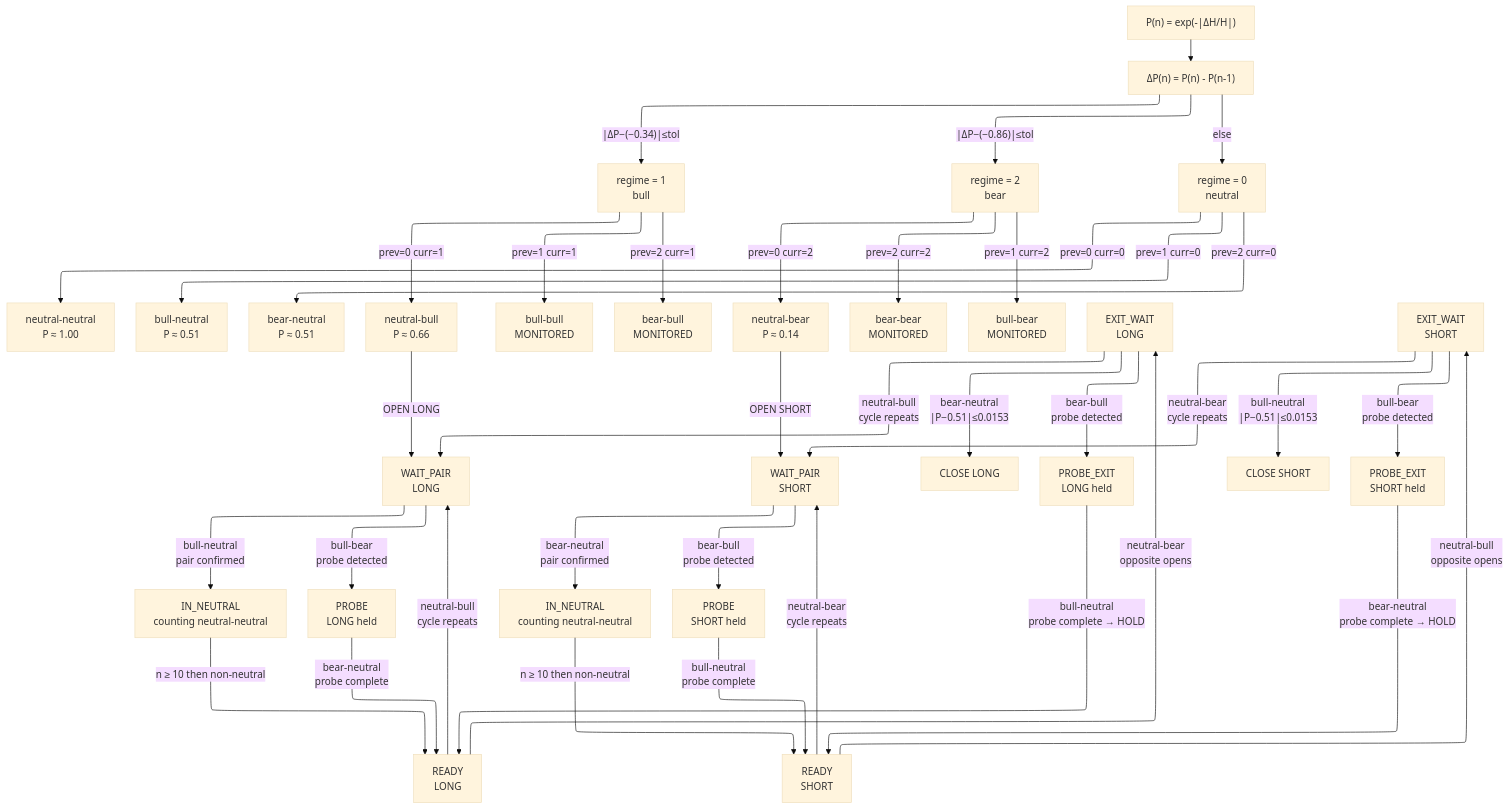
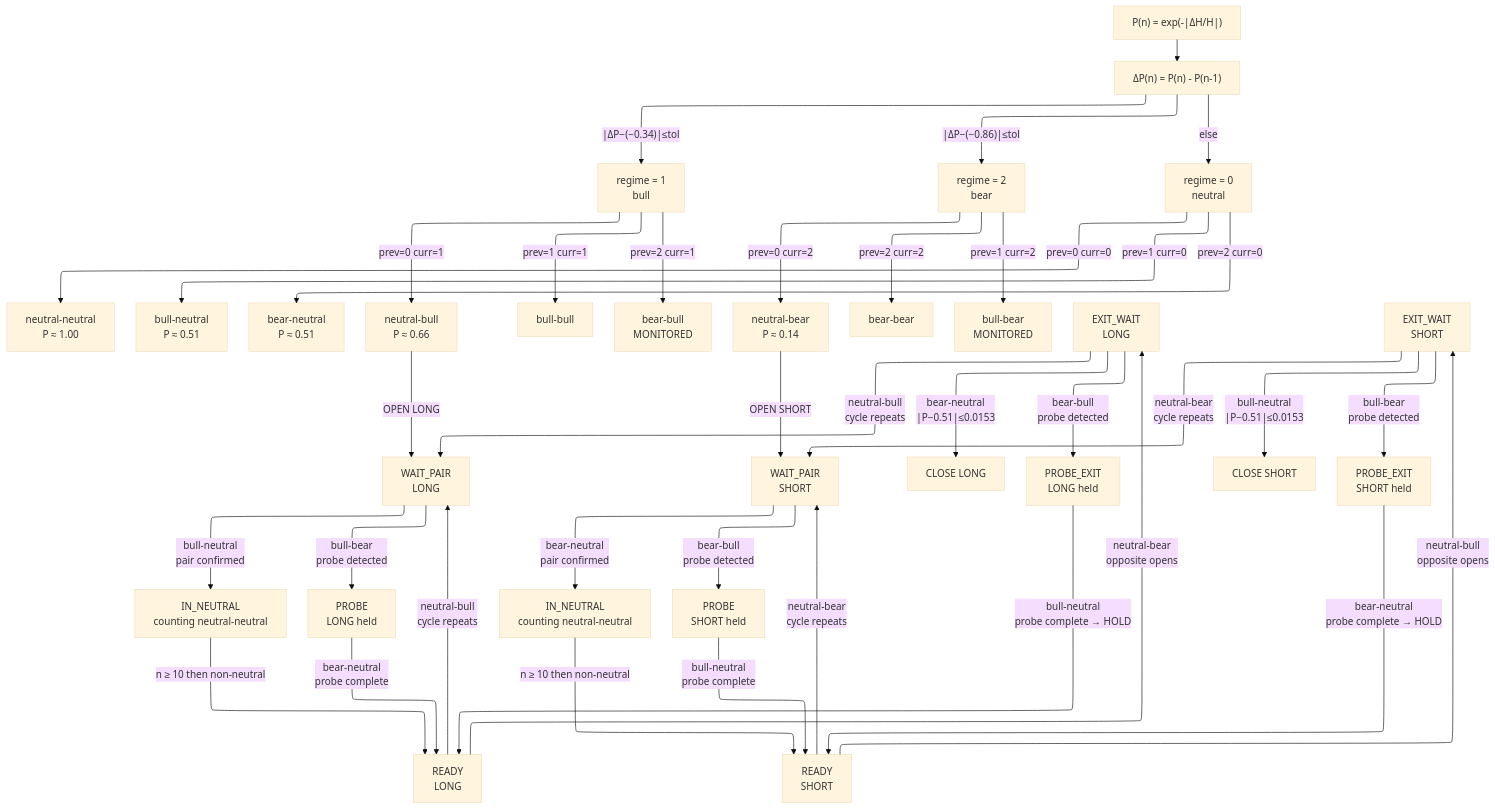
One commit to quantiota/SKA-Binance-API changed the second of 2 diagrams in state_machine_diagram.md. Above: the diagram before and after it, drawn with Mermaid. The commit also changed other lines of this file, not shown here.

````diff
--- a/state_machine_diagram.md
+++ b/state_machine_diagram.md
@@ -63,66 +63,66 @@
 ```mermaid
 ---
 config:
   look: classic
   theme: base
   layout: elk
 ---
 flowchart TD
     P["P(n) = exp(-|ΔH/H|)"]
     DP["ΔP(n) = P(n) - P(n-1)"]
 
     P --> DP
 
     DP -->|"|ΔP−(−0.34)|≤tol"| B["regime = 1\nbull"]
     DP -->|"|ΔP−(−0.86)|≤tol"| R["regime = 2\nbear"]
     DP -->|"else"| N["regime = 0\nneutral"]
 
     N -->|"prev=0 curr=0"| T0["neutral-neutral\nP ≈ 1.00"]
     N -->|"prev=1 curr=0"| T1["bull-neutral\nP ≈ 0.51"]
     N -->|"prev=2 curr=0"| T2["bear-neutral\nP ≈ 0.51"]
 
     B -->|"prev=0 curr=1"| T3["neutral-bull\nP ≈ 0.66"]
-    B -->|"prev=1 curr=1"| T4["bull-bull\nMONITORED"]
+    B -->|"prev=1 curr=1"| T4["bull-bull"]
     B -->|"prev=2 curr=1"| DJ2["bear-bull\nMONITORED"]
 
     R -->|"prev=0 curr=2"| T5["neutral-bear\nP ≈ 0.14"]
-    R -->|"prev=2 curr=2"| T6["bear-bear\nMONITORED"]
+    R -->|"prev=2 curr=2"| T6["bear-bear"]
     R -->|"prev=1 curr=2"| DJ1["bull-bear\nMONITORED"]
 
     T3 -->|"OPEN LONG"| WAIT_PAIR_L["WAIT_PAIR\nLONG"]
     T5 -->|"OPEN SHORT"| WAIT_PAIR_S["WAIT_PAIR\nSHORT"]
 
     %% --- LONG path ---
     WAIT_PAIR_L -->|"bull-neutral\npair confirmed"| IN_N_L["IN_NEUTRAL\ncounting neutral-neutral"]
     WAIT_PAIR_L -->|"bull-bear\nprobe detected"| PROBE_L["PROBE\nLONG held"]
 
     PROBE_L -->|"bear-neutral\nprobe complete"| READY_L["READY\nLONG"]
 
     IN_N_L -->|"n ≥ 10 then non-neutral"| READY_L
 
     READY_L -->|"neutral-bull\ncycle repeats"| WAIT_PAIR_L
     READY_L -->|"neutral-bear\nopposite opens"| EXIT_WAIT_L["EXIT_WAIT\nLONG"]
 
     EXIT_WAIT_L -->|"bear-neutral\n|P−0.51|≤0.0153"| CLOSE_L["CLOSE LONG"]
     EXIT_WAIT_L -->|"bear-bull\nprobe detected"| PROBE_EXIT_L["PROBE_EXIT\nLONG held"]
     EXIT_WAIT_L -->|"neutral-bull\ncycle repeats"| WAIT_PAIR_L
 
     PROBE_EXIT_L -->|"bull-neutral\nprobe complete → HOLD"| READY_L
 
     %% --- SHORT path ---
     WAIT_PAIR_S -->|"bear-neutral\npair confirmed"| IN_N_S["IN_NEUTRAL\ncounting neutral-neutral"]
     WAIT_PAIR_S -->|"bear-bull\nprobe detected"| PROBE_S["PROBE\nSHORT held"]
 
     PROBE_S -->|"bull-neutral\nprobe complete"| READY_S["READY\nSHORT"]
 
     IN_N_S -->|"n ≥ 10 then non-neutral"| READY_S
 
     READY_S -->|"neutral-bear\ncycle repeats"| WAIT_PAIR_S
     READY_S -->|"neutral-bull\nopposite opens"| EXIT_WAIT_S["EXIT_WAIT\nSHORT"]
 
     EXIT_WAIT_S -->|"bull-neutral\n|P−0.51|≤0.0153"| CLOSE_S["CLOSE SHORT"]
     EXIT_WAIT_S -->|"bull-bear\nprobe detected"| PROBE_EXIT_S["PROBE_EXIT\nSHORT held"]
     EXIT_WAIT_S -->|"neutral-bear\ncycle repeats"| WAIT_PAIR_S
 
     PROBE_EXIT_S -->|"bear-neutral\nprobe complete → HOLD"| READY_S
 ```
````
